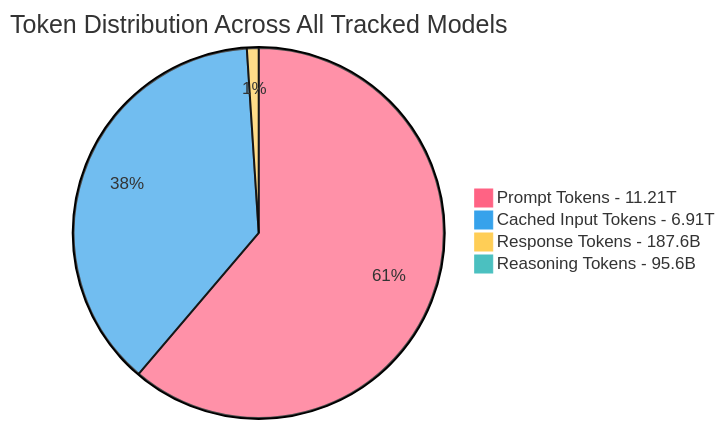
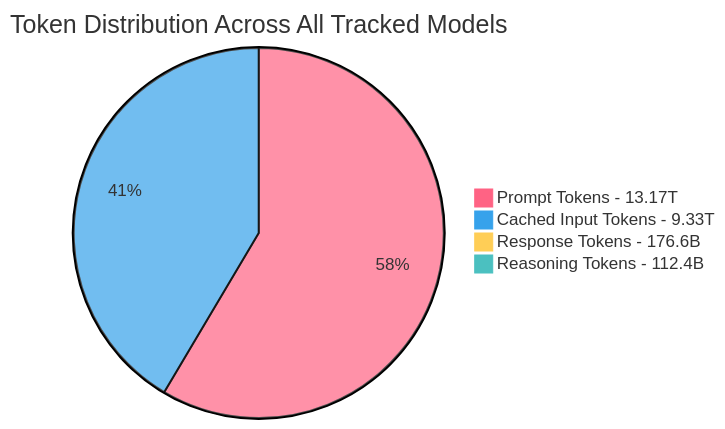
Before and after one commit to johnbean393/openrouter-inference-stats: the fourth of 4 diagrams in README.md, drawn with Mermaid. The commit also changed other lines of this file and 1 other file, not shown here.

````diff
--- a/README.md
+++ b/README.md
@@ -54,9 +56,9 @@
 ```mermaid
 %%{init: {'theme': 'base', 'themeVariables': {'pie1': '#FF6384', 'pie2': '#36A2EB', 'pie3': '#FFCE56', 'pie4': '#4BC0C0', 'pie5': '#9966FF', 'pie6': '#FF9F40', 'pie7': '#2ECC71', 'pie8': '#FF66B2', 'pie9': '#00CCFF', 'pie10': '#E74C3C', 'pie11': '#F39C12', 'pie12': '#1ABC9C'}}}%%
 pie
     title Token Distribution Across All Tracked Models
-    "Prompt Tokens - 11.21T" : 11207117857261
-    "Cached Input Tokens - 6.91T" : 6908036153201
-    "Response Tokens - 187.6B" : 187587852607
-    "Reasoning Tokens - 95.6B" : 95621076680
+    "Prompt Tokens - 13.17T" : 13168606626095
+    "Cached Input Tokens - 9.33T" : 9331017853462
+    "Response Tokens - 176.6B" : 176562173337
+    "Reasoning Tokens - 112.4B" : 112389525849
 ```
````
